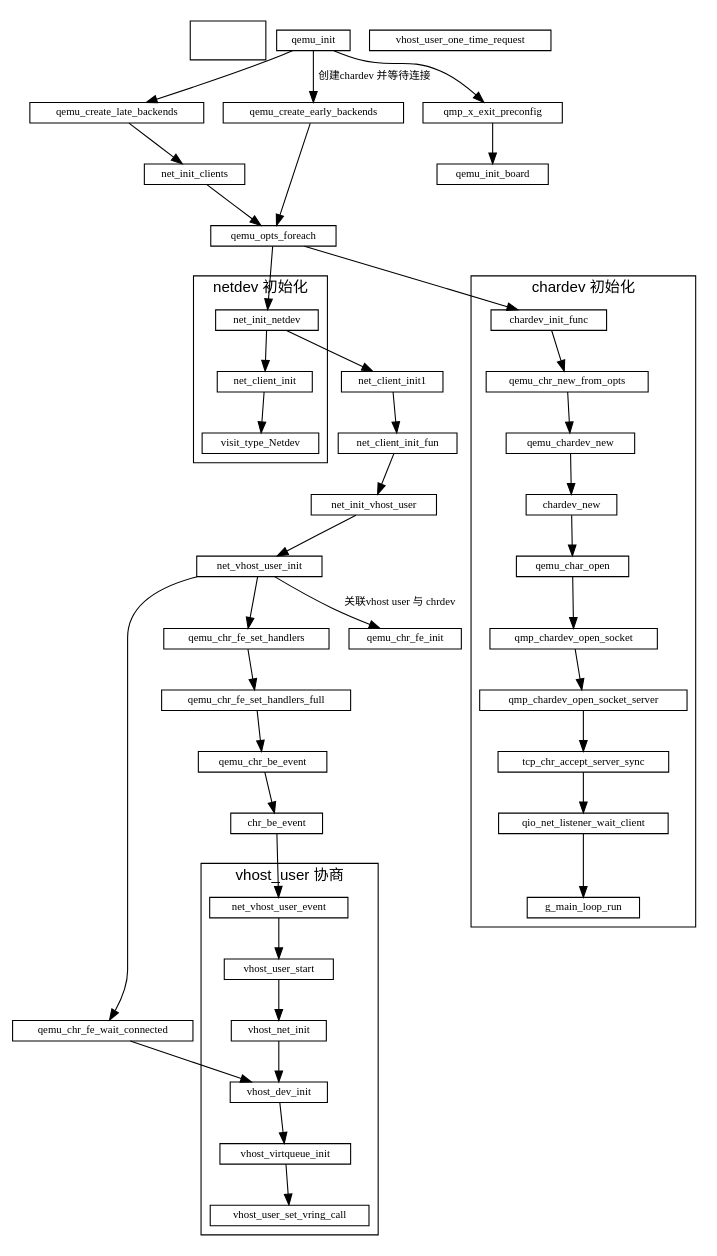
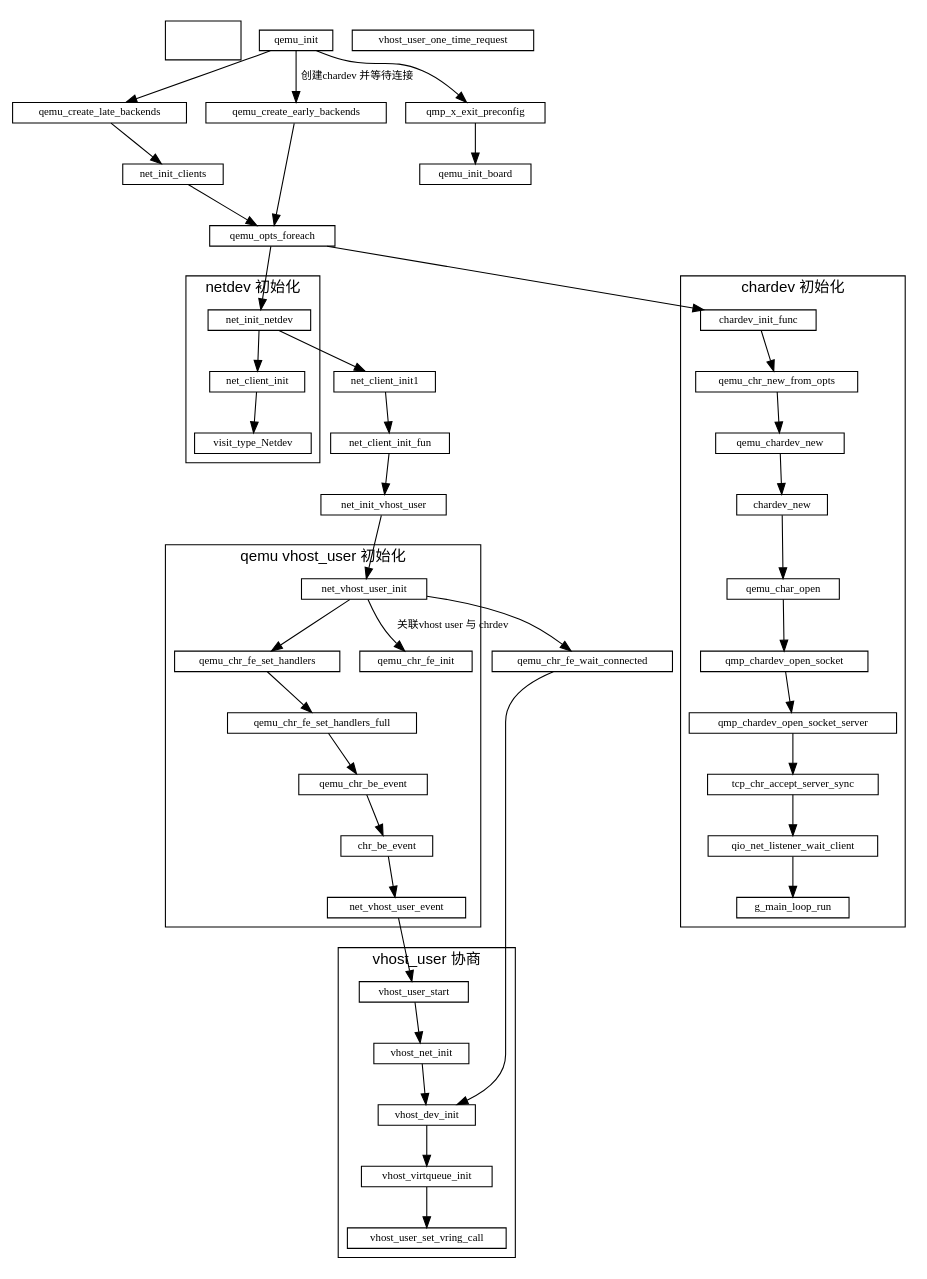
Before and after one commit to sisyphus1212/note: the diagram in qemu/qemu初始化.md, drawn with Graphviz.

Commit message:
auto_update

```diff
--- a/qemu/qemu初始化.md
+++ b/qemu/qemu初始化.md
@@ -61,6 +61,14 @@
     subgraph vhost_user_init {
         label="qemu vhost_user 初始化";
         cluster=true;
+    net_vhost_user_init -> qemu_chr_fe_set_handlers
+                        -> qemu_chr_fe_set_handlers_full
+                        -> qemu_chr_be_event
+                        -> chr_be_event
+                        -> net_vhost_user_event
+
+
+    net_vhost_user_init -> qemu_chr_fe_init[label="关联vhost user 与 chrdev"]
     }
 
     subgraph vhost_user_negotiation {
@@ -73,15 +81,6 @@
                              -> vhost_user_set_vring_call
     }
 
-    net_vhost_user_init -> qemu_chr_fe_set_handlers
-                        -> qemu_chr_fe_set_handlers_full
-                        -> qemu_chr_be_event
-                        -> chr_be_event
-                        -> net_vhost_user_event
-
-
-    net_vhost_user_init -> qemu_chr_fe_init[label="关联vhost user 与 chrdev"]
-
     qemu_init -> qmp_x_exit_preconfig -> qemu_init_board // 初始化cpu 内存
 
     vhost_dev_init
```
